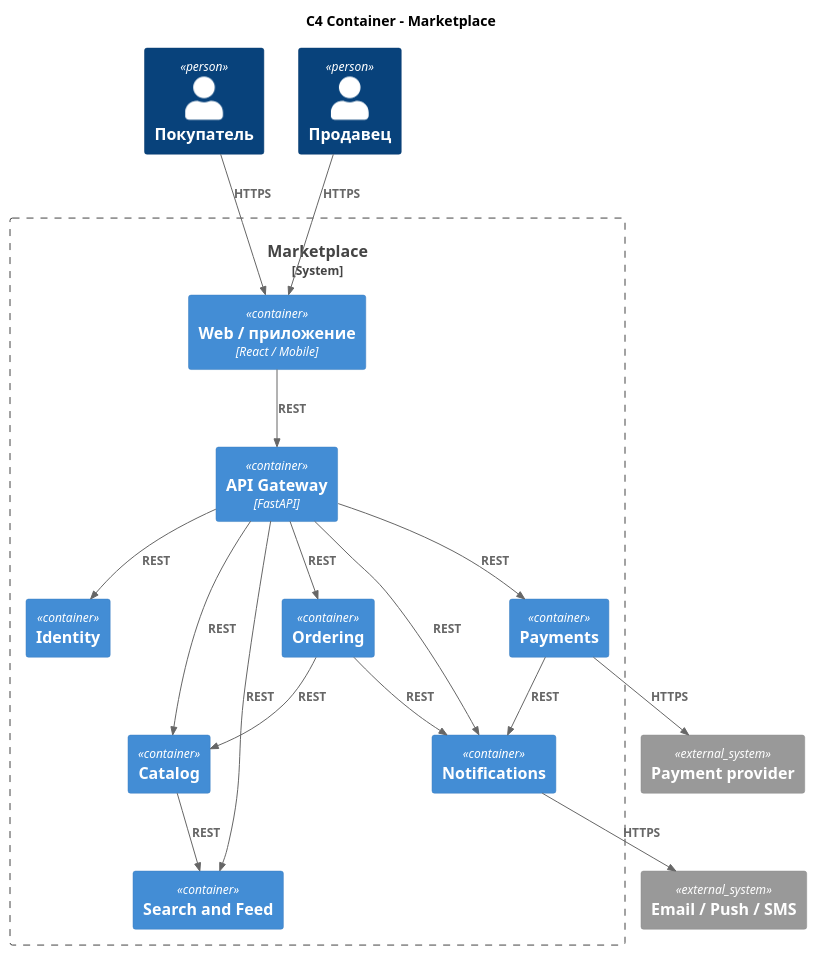
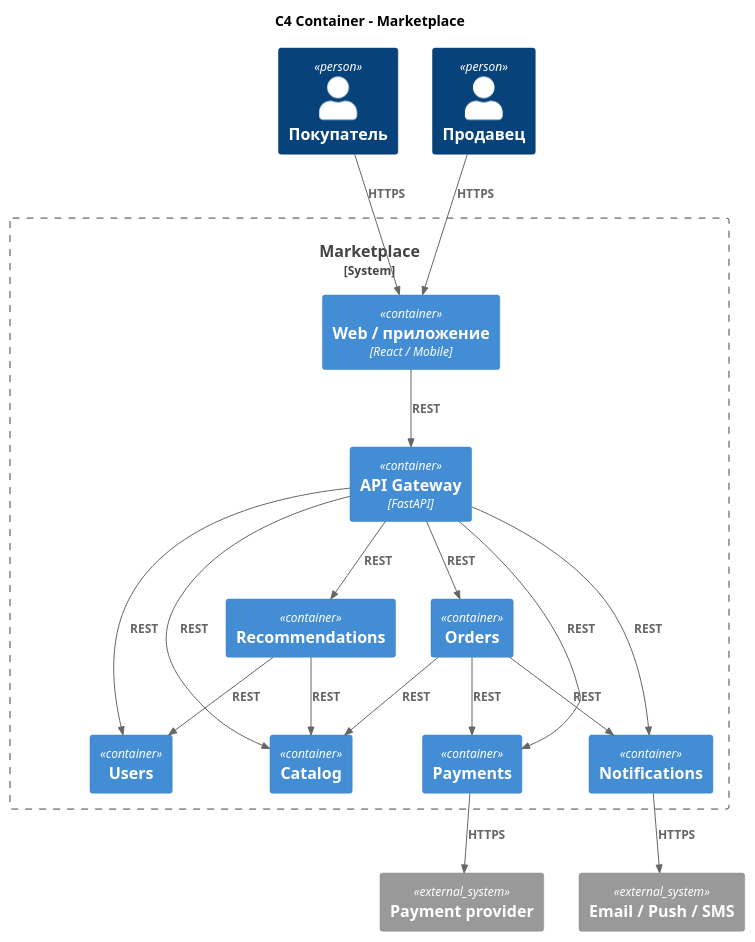
One commit to DaryaAndryeva/hw-1-Marketplace changed the diagram in diagrams/c4-container.puml. Above: the diagram before and after it, drawn with PlantUML. The commit also changed 1 other file, not shown here.

```diff
--- a/diagrams/c4-container.puml
+++ b/diagrams/c4-container.puml
@@ -1,45 +1,46 @@
 @startuml C4-Container-Marketplace
 !include https://raw.githubusercontent.com/plantuml-stdlib/C4-PlantUML/master/C4_Container.puml
 
 title C4 Container - Marketplace
 
 Person(buyer, "Покупатель")
 Person(seller, "Продавец")
 
 System_Boundary(mp, "Marketplace") {
 
     Container(web, "Web / приложение", "React / Mobile", "")
     Container(gw, "API Gateway", "FastAPI", "")
 
-    Container(identity, "Identity", "", "")
+    Container(users, "Users", "", "")
     Container(catalog, "Catalog", "", "")
-    Container(feed, "Search and Feed", "", "")
-    Container(order, "Ordering", "", "")
-    Container(payment, "Payments", "", "")
+    Container(recs, "Recommendations", "", "")
+    Container(orders, "Orders", "", "")
+    Container(payments, "Payments", "", "")
     Container(notify, "Notifications", "", "")
 
 }
 
 System_Ext(psp, "Payment provider")
 System_Ext(ch, "Email / Push / SMS")
 
 Rel(buyer, web, "HTTPS")
 Rel(seller, web, "HTTPS")
 Rel(web, gw, "REST")
 
-Rel(gw, identity, "REST")
+Rel(gw, users, "REST")
 Rel(gw, catalog, "REST")
-Rel(gw, feed, "REST")
-Rel(gw, order, "REST")
-Rel(gw, payment, "REST")
+Rel(gw, recs, "REST")
+Rel(gw, orders, "REST")
+Rel(gw, payments, "REST")
 Rel(gw, notify, "REST")
 
-Rel(order, catalog, "REST")
-Rel(catalog, feed, "REST")
-Rel(order, notify, "REST")
-Rel(payment, notify, "REST")
+Rel(recs, catalog, "REST")
+Rel(recs, users, "REST")
+Rel(orders, catalog, "REST")
+Rel(orders, payments, "REST")
+Rel(orders, notify, "REST")
 
-Rel(payment, psp, "HTTPS")
+Rel(payments, psp, "HTTPS")
 Rel(notify, ch, "HTTPS")
 
 @enduml
```
